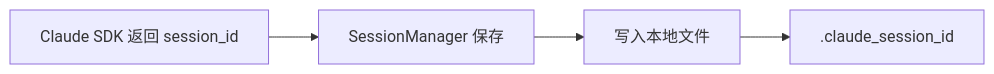
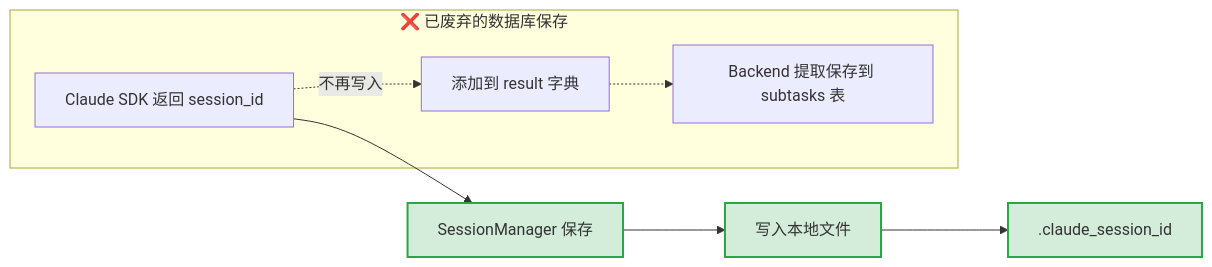
One commit to wecode-ai/Wegent changed the seventh of 9 diagrams in docs/zh/features/task-restore.md. Above: the diagram before and after it, drawn with Mermaid. The commit also changed other lines of this file, not shown here.

First line of the commit message:
docs(zh): update task restore documentation to reflect database session ID persistence removal

````diff
--- a/docs/zh/features/task-restore.md
+++ b/docs/zh/features/task-restore.md
@@ -221,6 +251,14 @@
 ```mermaid
 flowchart LR
-    A[Claude SDK 返回 session_id] --> B[SessionManager 保存]
-    B --> C[写入本地文件]
-    C --> D[.claude_session_id]
+    A[Claude SDK 返回 session_id] --> B[SessionManager 保存]:::current
+    B --> C[写入本地文件]:::current
+    C --> D[.claude_session_id]:::current
+
+    subgraph 已废弃["❌ 已废弃的数据库保存"]
+        A -.->|不再写入| B2[添加到 result 字典]
+        B2 -.-> C2[Backend 提取保存到 subtasks 表]
+    end
+
+    classDef current fill:#d4edda,stroke:#28a745,stroke-width:2px
+    classDef deprecated fill:#f8d7da,stroke:#dc3545,stroke-width:2px,stroke-dasharray: 5 5
 ```
````
